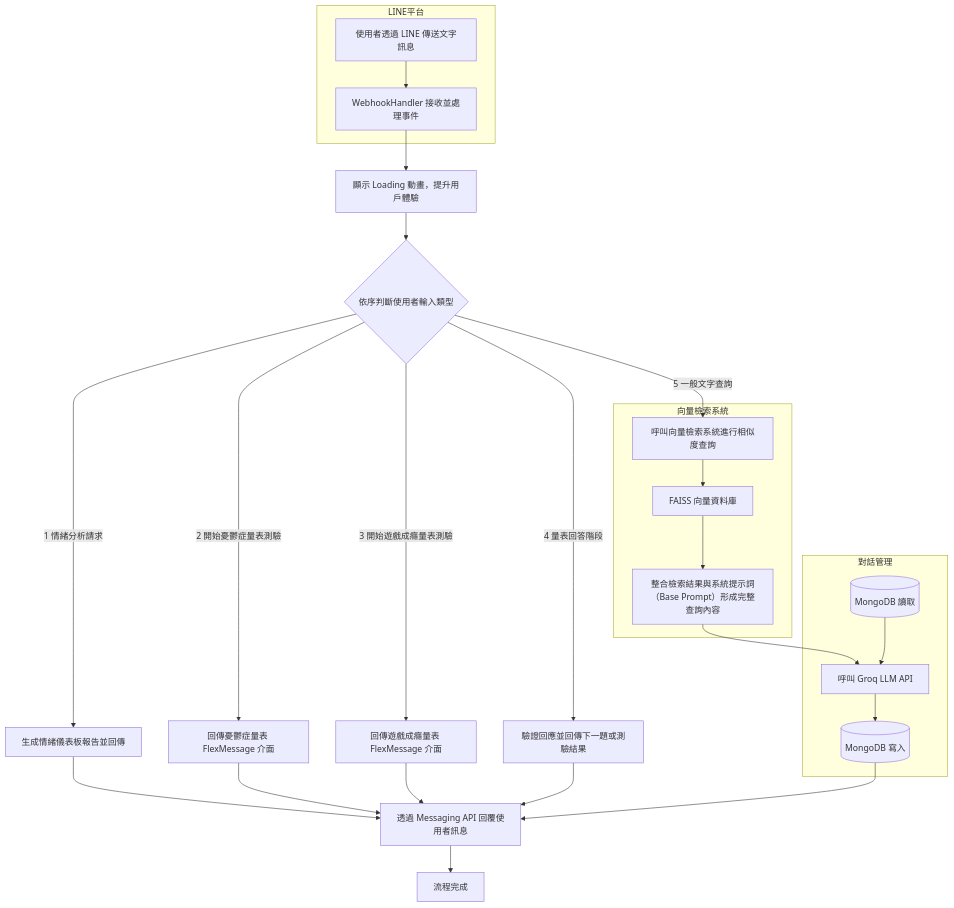
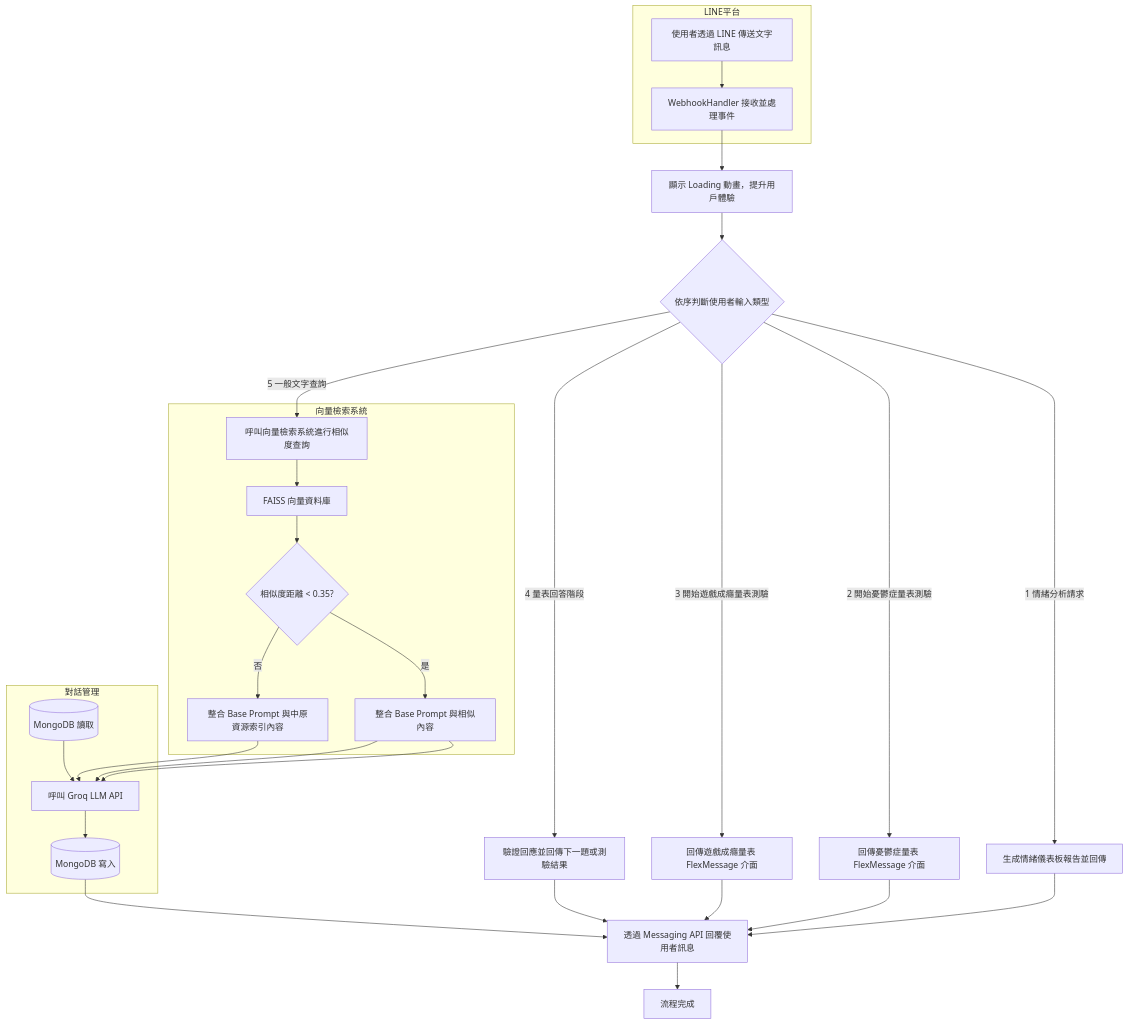
One commit to aurorajojo/line_app changed the diagram in README.md. Above: the diagram before and after it, drawn with Mermaid.

````diff
--- a/README.md
+++ b/README.md
@@ -3,42 +3,46 @@
 ```mermaid
 flowchart TD
     subgraph LINE平台
         A[使用者透過 LINE 傳送文字訊息] --> B[WebhookHandler 接收並處理事件]
     end
 
     B --> C[顯示 Loading 動畫，提升用戶體驗]
 
     C --> D{依序判斷使用者輸入類型}
 
     D -->|1 情緒分析請求| E[生成情緒儀表板報告並回傳]
     E --> O1
 
     D -->|2 開始憂鬱症量表測驗| F[回傳憂鬱症量表 FlexMessage 介面]
     F --> O1
 
     D -->|3 開始遊戲成癮量表測驗| G[回傳遊戲成癮量表 FlexMessage 介面]
     G --> O1
 
     D -->|4 量表回答階段| H[驗證回應並回傳下一題或測驗結果]
     H --> O1
 
     D -->|5 一般文字查詢| I[呼叫向量檢索系統進行相似度查詢]
 
     subgraph 向量檢索系統
         I --> V1[FAISS 向量資料庫]
-        V1 --> J[整合檢索結果與系統提示詞（Base Prompt）形成完整查詢內容]
+        V1 --> Q{相似度距離 < 0.35?}
+        Q -->|是| J[整合 Base Prompt 與相似內容]
+        Q -->|否| R[整合 Base Prompt 與中原資源索引內容]
     end
 
     subgraph 對話管理
+        J --> L[呼叫 Groq LLM API]
+        R --> L
         MDB_Read[(MongoDB 讀取)]
         MDB_Write[(MongoDB 寫入)]
 
         J --> L[呼叫 Groq LLM API]
         MDB_Read --> L
         L --> MDB_Write
         
     end
     MDB_Write --> O1
     O1[透過 Messaging API 回覆使用者訊息] --> Z[流程完成]
 
 ```
````
